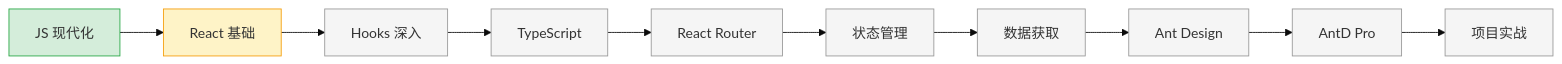
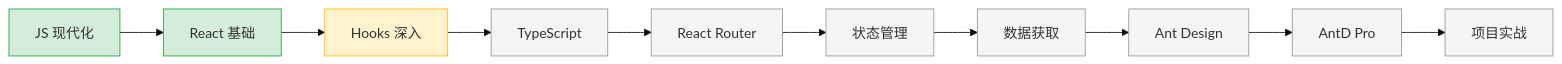
Before and after one commit to linqibin0826/Patra-docs: the diagram in content/learning/react/_MOC.md, drawn with Mermaid (base theme). The commit also changed other lines of this file and 17 other files, not shown here.

````diff
--- a/content/learning/react/_MOC.md
+++ b/content/learning/react/_MOC.md
@@ -146,23 +155,23 @@
 ```mermaid
 flowchart LR
     A[JS 现代化] --> B[React 基础]
     B --> C[Hooks 深入]
     C --> D[TypeScript]
     D --> E[React Router]
     E --> F[状态管理]
     F --> G[数据获取]
     G --> H[Ant Design]
     H --> I[AntD Pro]
     I --> J[项目实战]
 
     style A fill:#d4edda,stroke:#28a745
-    style B fill:#fef3c7,stroke:#f59e0b
-    style C fill:#f5f5f5,stroke:#999
+    style B fill:#d4edda,stroke:#28a745
+    style C fill:#fff3cd,stroke:#ffc107
     style D fill:#f5f5f5,stroke:#999
     style E fill:#f5f5f5,stroke:#999
     style F fill:#f5f5f5,stroke:#999
     style G fill:#f5f5f5,stroke:#999
     style H fill:#f5f5f5,stroke:#999
     style I fill:#f5f5f5,stroke:#999
     style J fill:#f5f5f5,stroke:#999
 ```
````
